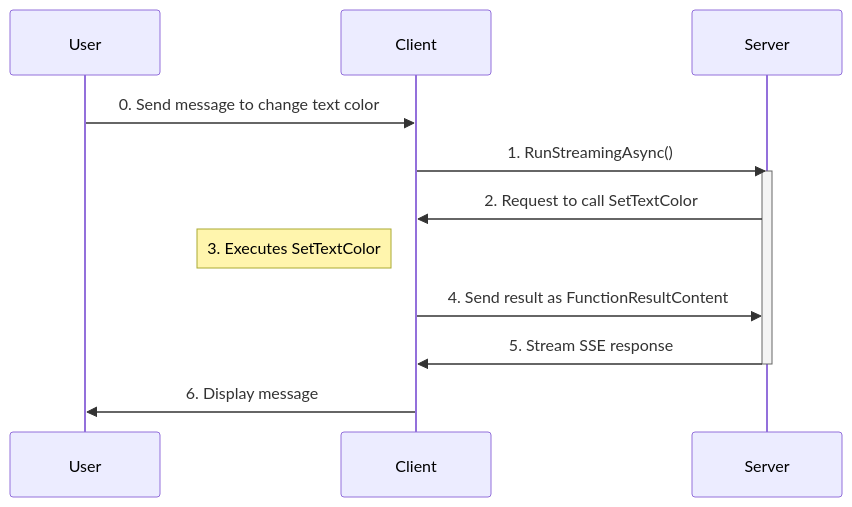
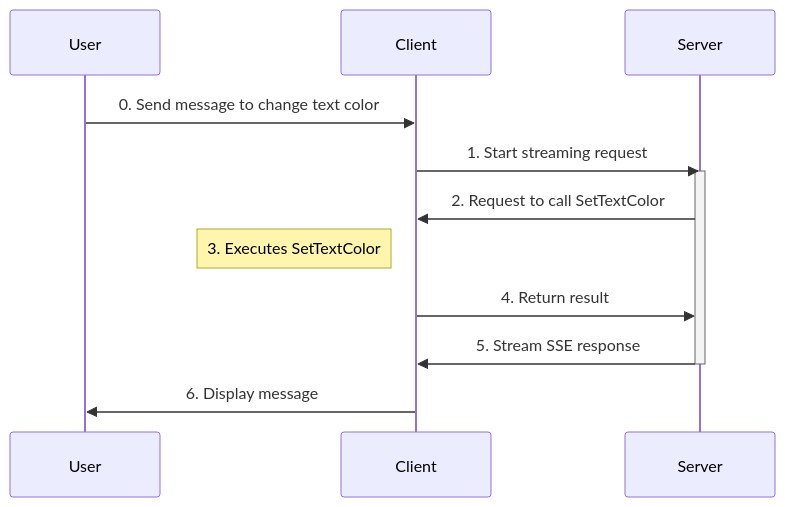
The second of 2 diagrams in Workshop/3. Tools/README.md (jasmin-software/dotnet_agui_workshop), drawn with Mermaid before and after one commit. The commit also changed other lines of this file and 2 other files, not shown here.

Commit message:
clean up diagram

````diff
--- a/Workshop/3. Tools/README.md
+++ b/Workshop/3. Tools/README.md
@@ -126,12 +127,12 @@
 ```mermaid
 sequenceDiagram;
    User->>Client:   0. Send message to change text color
-   Client->>Server: 1. RunStreamingAsync()
+   Client->>Server: 1. Start streaming request
    activate Server
    Server->>Client: 2. Request to call SetTextColor
    Note left of Client: 3. Executes SetTextColor
-   Client->>Server: 4. Send result as FunctionResultContent
+   Client->>Server: 4. Return result
    Server->>Client: 5. Stream SSE response
    deactivate Server
    Client->>User: 6. Display message
 ```
````
